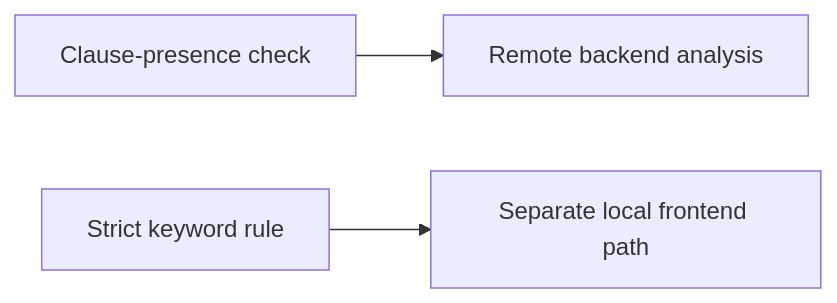
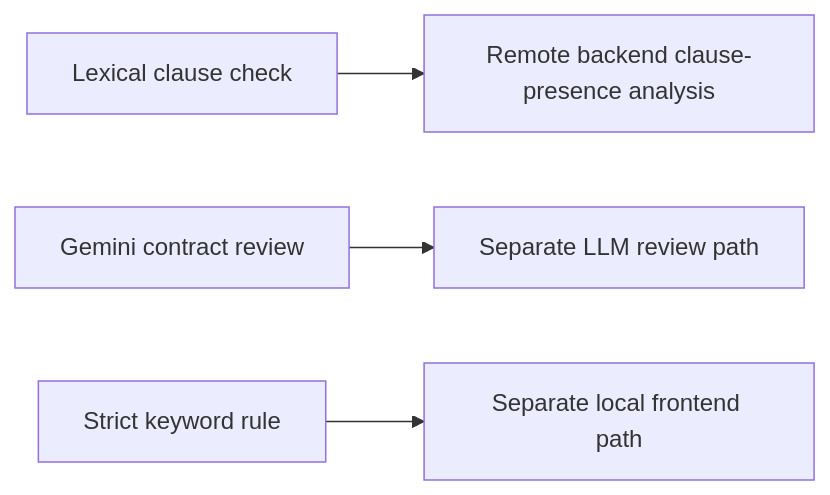
Before and after one commit to toswari/intellegal: the seventh of 7 diagrams in docs/clause-presence-checks.md, drawn with Mermaid. The commit also changed other lines of this file and 55 other files, not shown here.

Commit message:
refactor: remove company name analysis, update guideline rule types, and add new legal document templates

````diff
--- a/docs/clause-presence-checks.md
+++ b/docs/clause-presence-checks.md
@@ -118,5 +124,6 @@
 ```mermaid
 flowchart LR
-    A["Clause-presence check"] --> B["Remote backend analysis"]
-    C["Strict keyword rule"] --> D["Separate local frontend path"]
+    A["Lexical clause check"] --> B["Remote backend clause-presence analysis"]
+    C["Gemini contract review"] --> D["Separate LLM review path"]
+    E["Strict keyword rule"] --> F["Separate local frontend path"]
 ```
````
